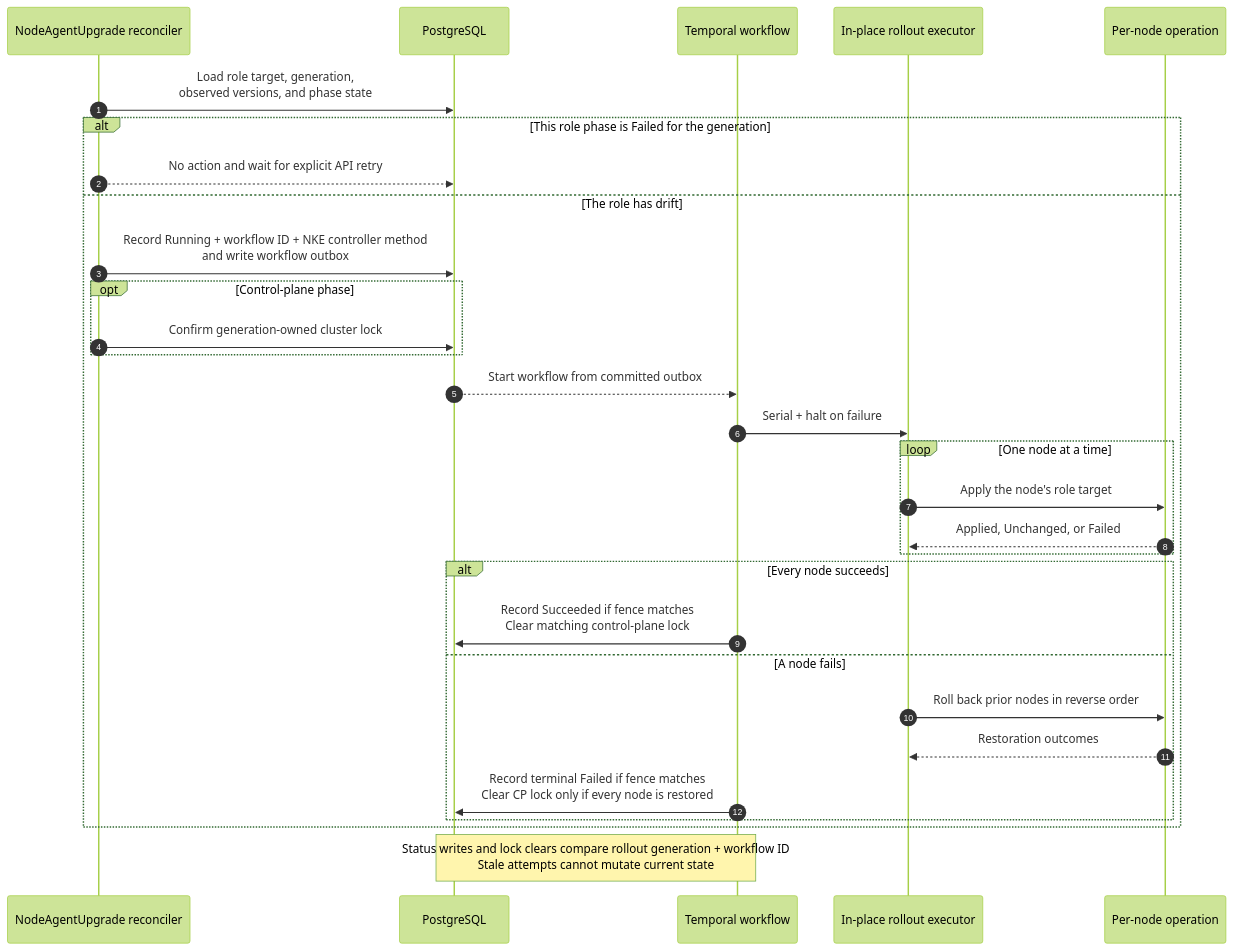
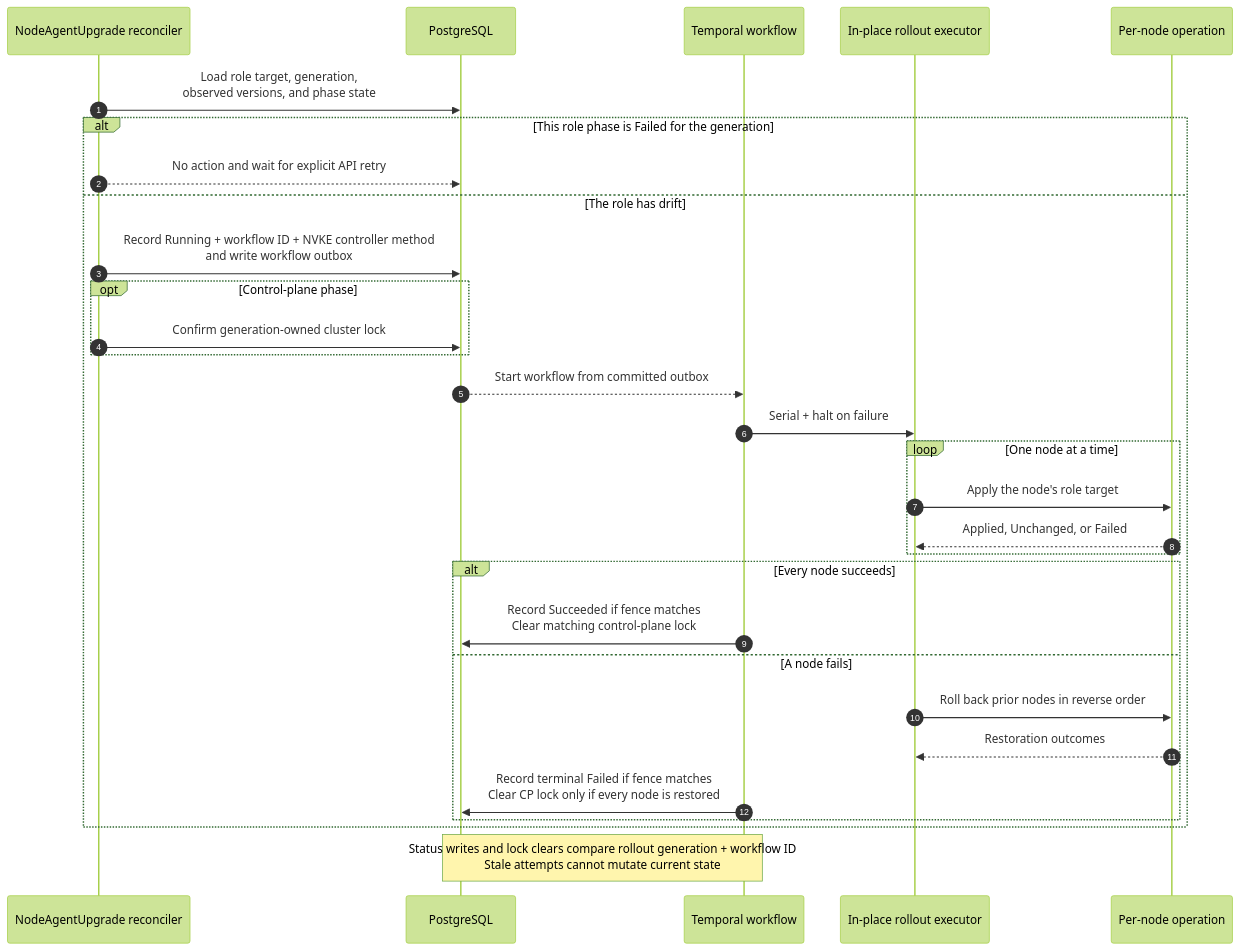
Before and after one commit to FrankSpitulski/nvke: the second of 3 diagrams in agent/docs/in-place-update/in-place-rollout-design.md, drawn with Mermaid (forest theme). The commit also changed other lines of this file and 95 other files, not shown here.

````diff
--- a/agent/docs/in-place-update/in-place-rollout-design.md
+++ b/agent/docs/in-place-update/in-place-rollout-design.md
@@ -60,33 +60,33 @@
 ```mermaid
 sequenceDiagram
     autonumber
     participant Reconciler as NodeAgentUpgrade reconciler
     participant DB as PostgreSQL
     participant Temporal as Temporal workflow
     participant Rollout as In-place rollout executor
     participant NodeOp as Per-node operation
 
     Reconciler->>DB: Load role target, generation,<br/>observed versions, and phase state
     alt This role phase is Failed for the generation
         Reconciler-->>DB: No action and wait for explicit API retry
     else The role has drift
-        Reconciler->>DB: Record Running + workflow ID + NKE controller method<br/>and write workflow outbox
+        Reconciler->>DB: Record Running + workflow ID + NVKE controller method<br/>and write workflow outbox
         opt Control-plane phase
             Reconciler->>DB: Confirm generation-owned cluster lock
         end
         DB-->>Temporal: Start workflow from committed outbox
         Temporal->>Rollout: Serial + halt on failure
         loop One node at a time
             Rollout->>NodeOp: Apply the node's role target
             NodeOp-->>Rollout: Applied, Unchanged, or Failed
         end
         alt Every node succeeds
             Temporal->>DB: Record Succeeded if fence matches<br/>Clear matching control-plane lock
         else A node fails
             Rollout->>NodeOp: Roll back prior nodes in reverse order
             NodeOp-->>Rollout: Restoration outcomes
             Temporal->>DB: Record terminal Failed if fence matches<br/>Clear CP lock only if every node is restored
         end
     end
     Note over DB,Temporal: Status writes and lock clears compare rollout generation + workflow ID<br/>Stale attempts cannot mutate current state
 ```
````
